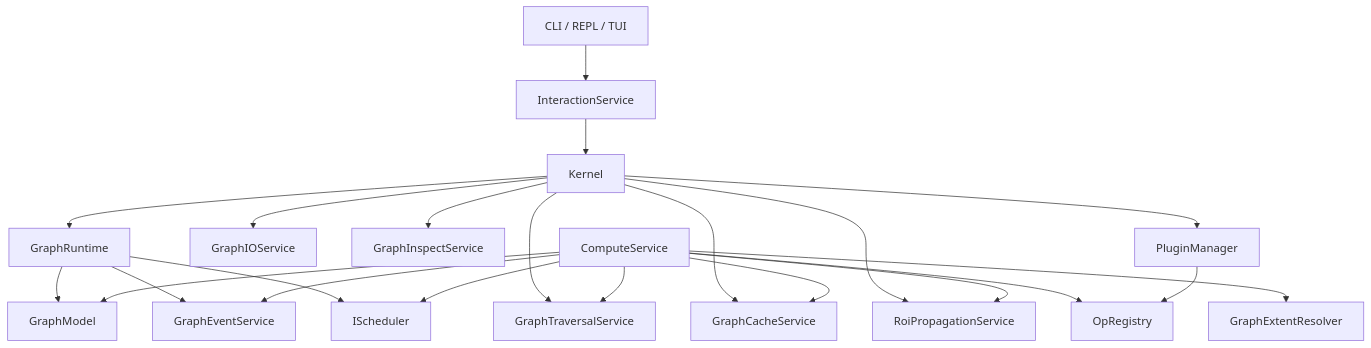
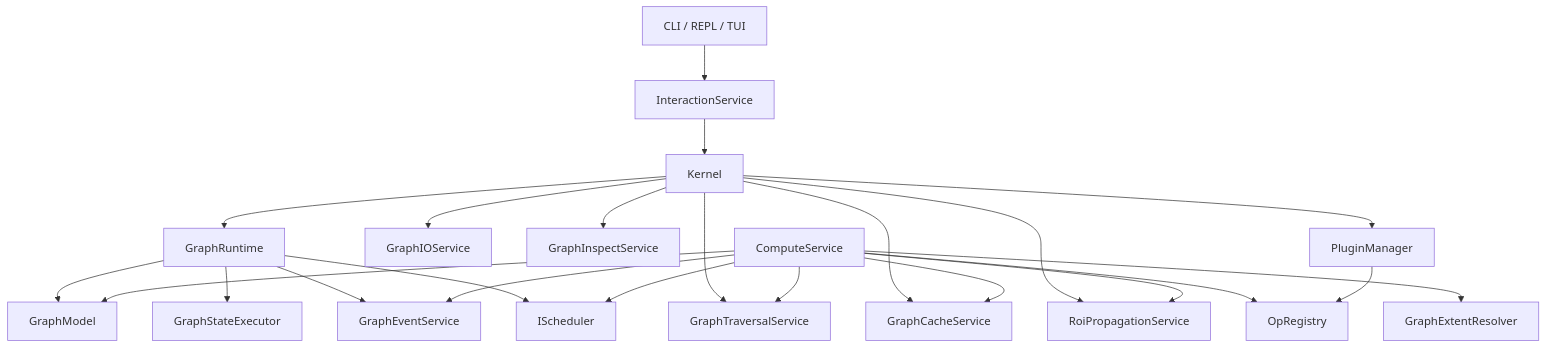
The diagram in docs/kernel-architecture/Overview.md (kevin-zf1123/photospider), drawn with Mermaid before and after one commit. The commit also changed other lines of this file and 50 other files, not shown here.

````diff
--- a/docs/kernel-architecture/Overview.md
+++ b/docs/kernel-architecture/Overview.md
@@ -49,28 +49,29 @@
 ```mermaid
 graph TD
     CLI["CLI / REPL / TUI"] --> InteractionService
     InteractionService --> Kernel
 
     Kernel --> GraphRuntime
     Kernel --> GraphIOService
     Kernel --> GraphTraversalService
     Kernel --> GraphCacheService
     Kernel --> GraphInspectService
     Kernel --> RoiPropagationService
     Kernel --> PluginManager
 
     GraphRuntime --> GraphModel
+    GraphRuntime --> GraphStateExecutor
     GraphRuntime --> GraphEventService
     GraphRuntime --> IScheduler
 
     ComputeService --> GraphModel
     ComputeService --> GraphTraversalService
     ComputeService --> RoiPropagationService
     ComputeService --> GraphExtentResolver
     ComputeService --> GraphCacheService
     ComputeService --> GraphEventService
     ComputeService --> OpRegistry
     ComputeService --> IScheduler
 
     PluginManager --> OpRegistry
 ```
````
